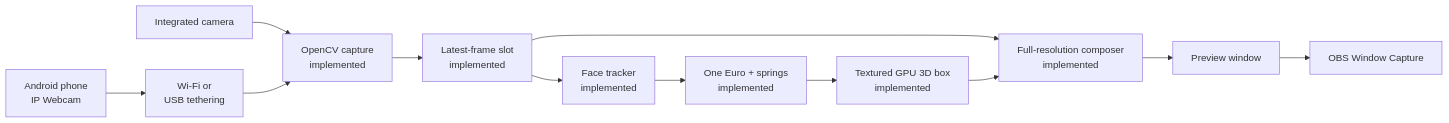
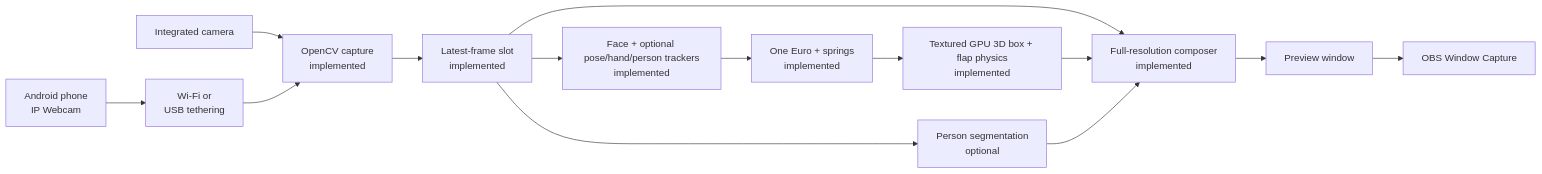
The second of 2 diagrams in docs/README.md (Zanark/KardboardCode-VTuber), drawn with Mermaid before and after one commit. The commit also changed other lines of this file and 58 other files, not shown here.

````diff
--- a/docs/README.md
+++ b/docs/README.md
@@ -62,14 +97,16 @@
 ```mermaid
 flowchart LR
     Phone["Android phone<br/>IP Webcam"] --> Network["Wi-Fi or<br/>USB tethering"]
     Laptop["Integrated camera"] --> Capture
     Network --> Capture["OpenCV capture<br/>implemented"]
     Capture --> Slot["Latest-frame slot<br/>implemented"]
-    Slot --> Tracker["Face tracker<br/>implemented"]
+    Slot --> Tracker["Face + optional pose/hand/person trackers<br/>implemented"]
     Slot --> Composer["Full-resolution composer<br/>implemented"]
     Tracker --> Filter["One Euro + springs<br/>implemented"]
-    Filter --> Renderer["Textured GPU 3D box<br/>implemented"]
+    Filter --> Renderer["Textured GPU 3D box + flap physics<br/>implemented"]
     Renderer --> Composer
+    Slot --> Segment["Person segmentation<br/>optional"]
+    Segment --> Composer
     Composer --> Preview["Preview window"]
     Preview --> OBS["OBS Window Capture"]
 ```
````
